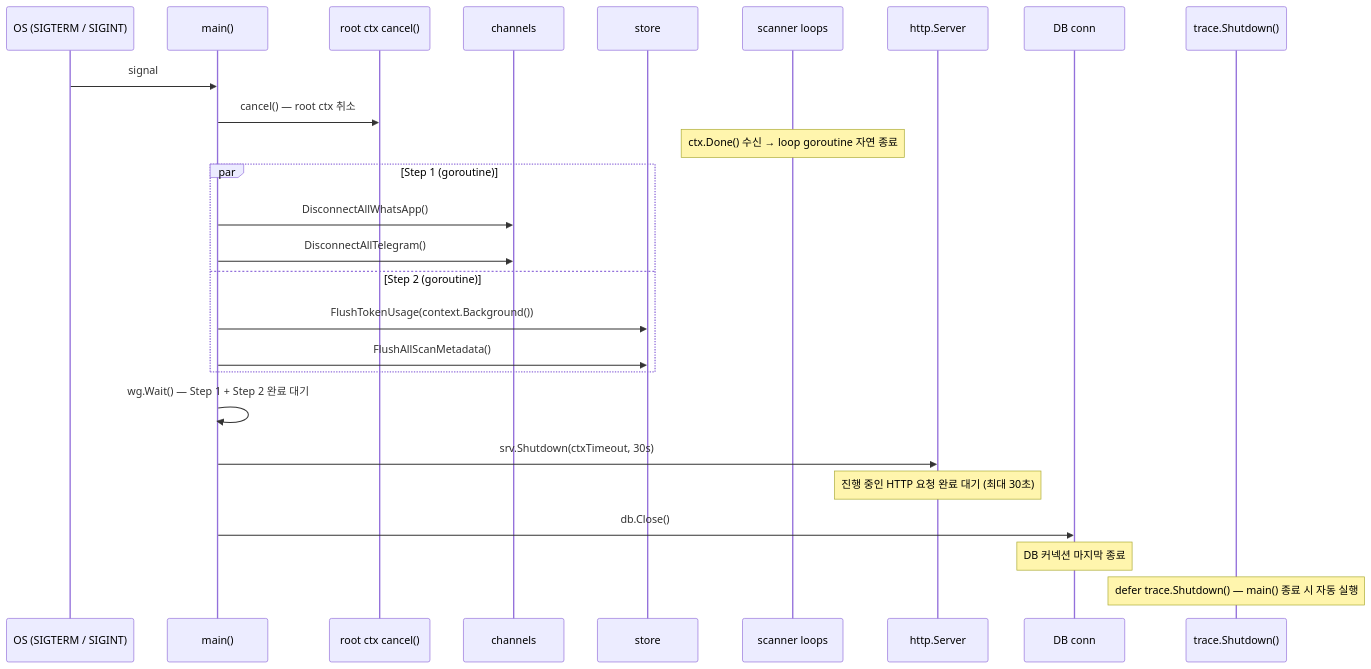
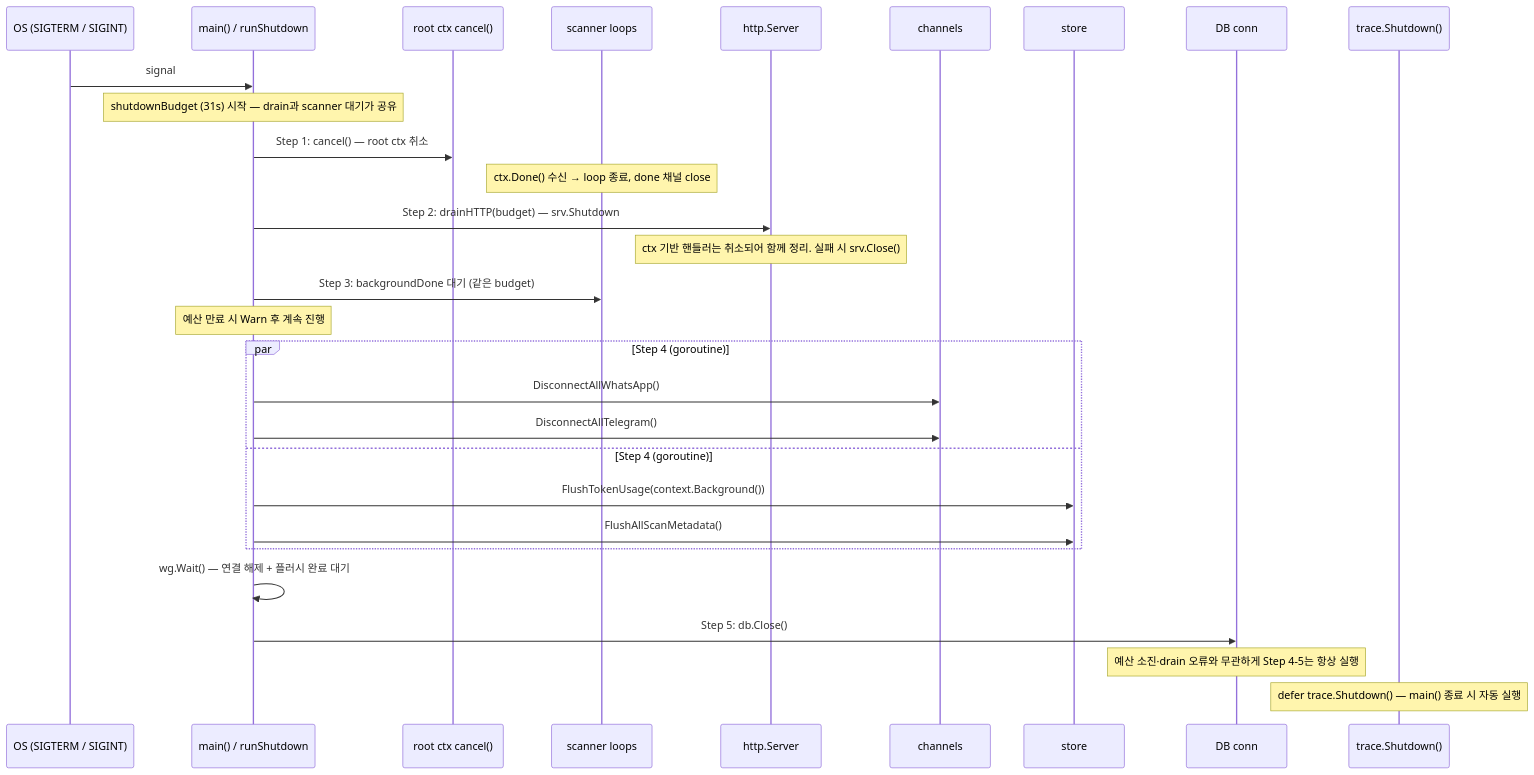
The diagram in docs/comprehensive/10-locking-and-concurrency.md (JaejinSong/message-consolidator), drawn with Mermaid before and after one commit. The commit also changed other lines of this file and 4 other files, not shown here.

Commit message:
docs: describe the five-step shutdown and the scanner done channel

````diff
--- a/docs/comprehensive/10-locking-and-concurrency.md
+++ b/docs/comprehensive/10-locking-and-concurrency.md
@@ -246,33 +246,36 @@
 ```mermaid
 sequenceDiagram
     participant OS as OS (SIGTERM / SIGINT)
-    participant main as main()
+    participant main as main() / runShutdown
     participant cancel as root ctx cancel()
+    participant scanner as scanner loops
+    participant srv as http.Server
     participant ch as channels
     participant st as store
-    participant scanner as scanner loops
-    participant srv as http.Server
     participant db as DB conn
     participant whatap as trace.Shutdown()
 
     OS->>main: signal
-    main->>cancel: cancel() — root ctx 취소
-    note over scanner: ctx.Done() 수신 → loop goroutine 자연 종료
+    note over main: shutdownBudget (31s) 시작 — drain과 scanner 대기가 공유
 
-    par Step 1 (goroutine)
+    main->>cancel: Step 1: cancel() — root ctx 취소
+    note over scanner: ctx.Done() 수신 → loop 종료, done 채널 close
+    main->>srv: Step 2: drainHTTP(budget) — srv.Shutdown
+    note over srv: ctx 기반 핸들러는 취소되어 함께 정리. 실패 시 srv.Close()
+    main->>scanner: Step 3: backgroundDone 대기 (같은 budget)
+    note over main: 예산 만료 시 Warn 후 계속 진행
+
+    par Step 4 (goroutine)
         main->>ch: DisconnectAllWhatsApp()
         main->>ch: DisconnectAllTelegram()
-    and Step 2 (goroutine)
+    and Step 4 (goroutine)
         main->>st: FlushTokenUsage(context.Background())
         main->>st: FlushAllScanMetadata()
     end
-    main->>main: wg.Wait() — Step 1 + Step 2 완료 대기
+    main->>main: wg.Wait() — 연결 해제 + 플러시 완료 대기
 
-    main->>srv: srv.Shutdown(ctxTimeout, 30s)
-    note over srv: 진행 중인 HTTP 요청 완료 대기 (최대 30초)
-
-    main->>db: db.Close()
-    note over db: DB 커넥션 마지막 종료
+    main->>db: Step 5: db.Close()
+    note over db: 예산 소진·drain 오류와 무관하게 Step 4-5는 항상 실행
 
     note over whatap: defer trace.Shutdown() — main() 종료 시 자동 실행
 ```
````
